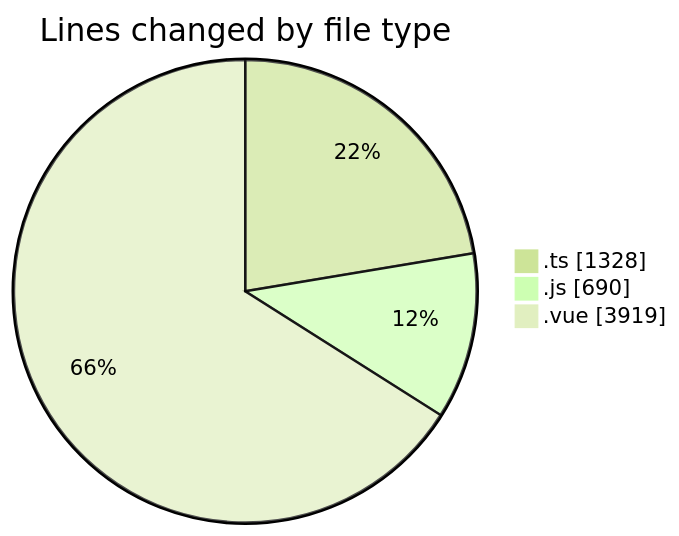
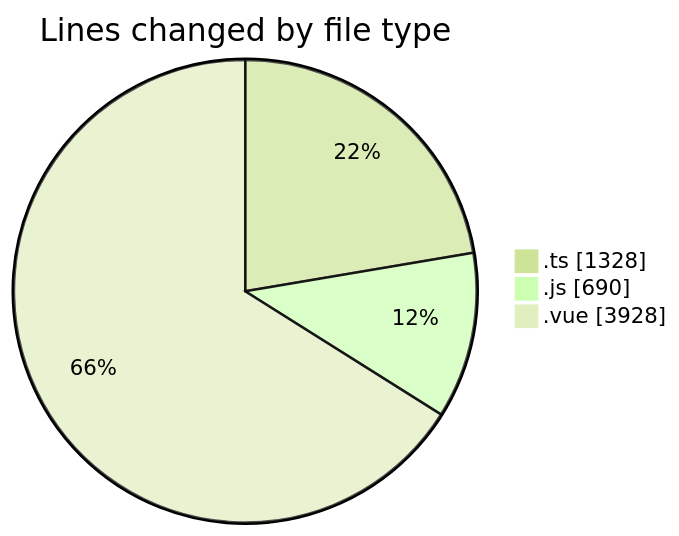
The first of 2 diagrams in 2025-08-16/rentotp/README.md (lephambinh05/code-tracking), drawn with Mermaid (forest theme) before and after one commit. The commit also changed other lines of this file and 1 other file, not shown here.

````diff
--- a/2025-08-16/rentotp/README.md
+++ b/2025-08-16/rentotp/README.md
@@ -38,7 +38,7 @@
 ```mermaid
 pie showData
 title Lines changed by file type
 ".ts" : 1328
 ".js" : 690
-".vue" : 3919
+".vue" : 3928
 ```
````
